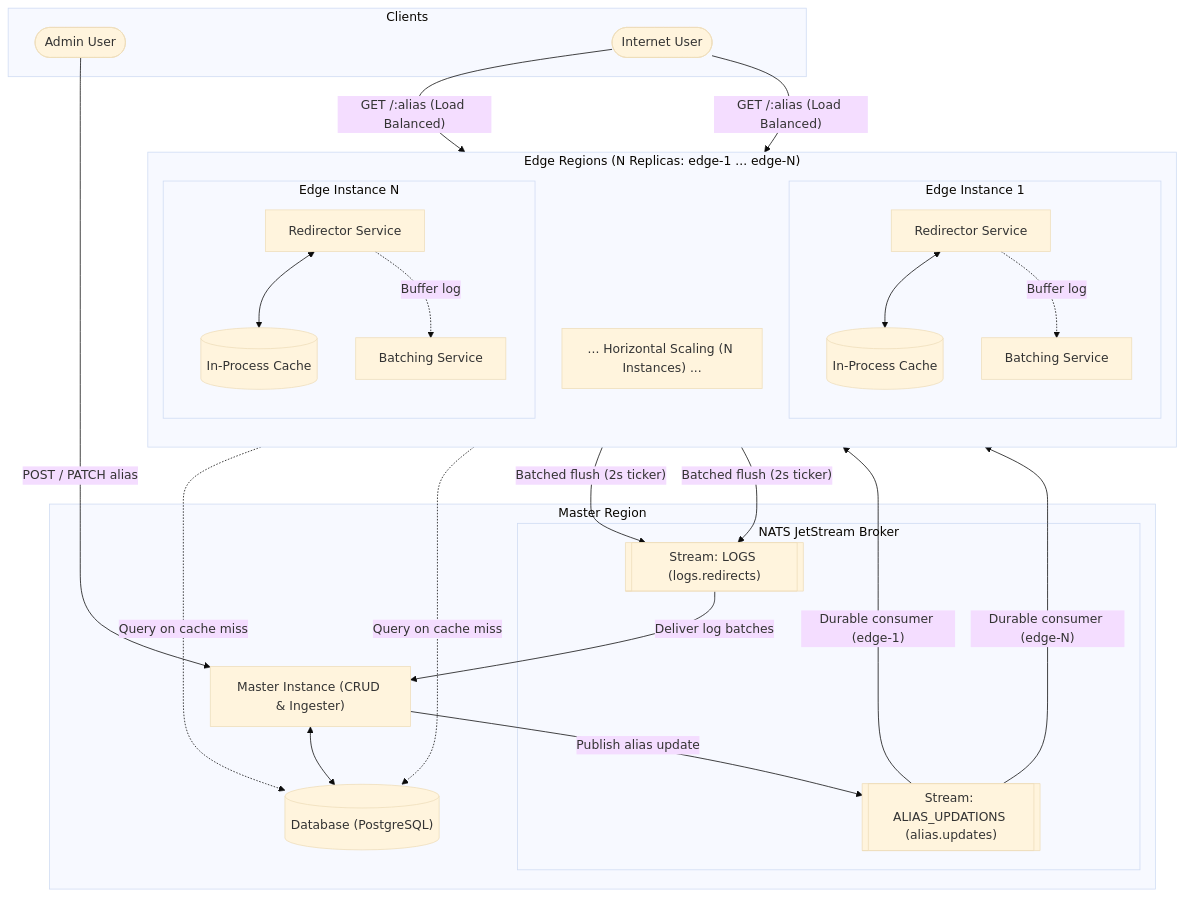
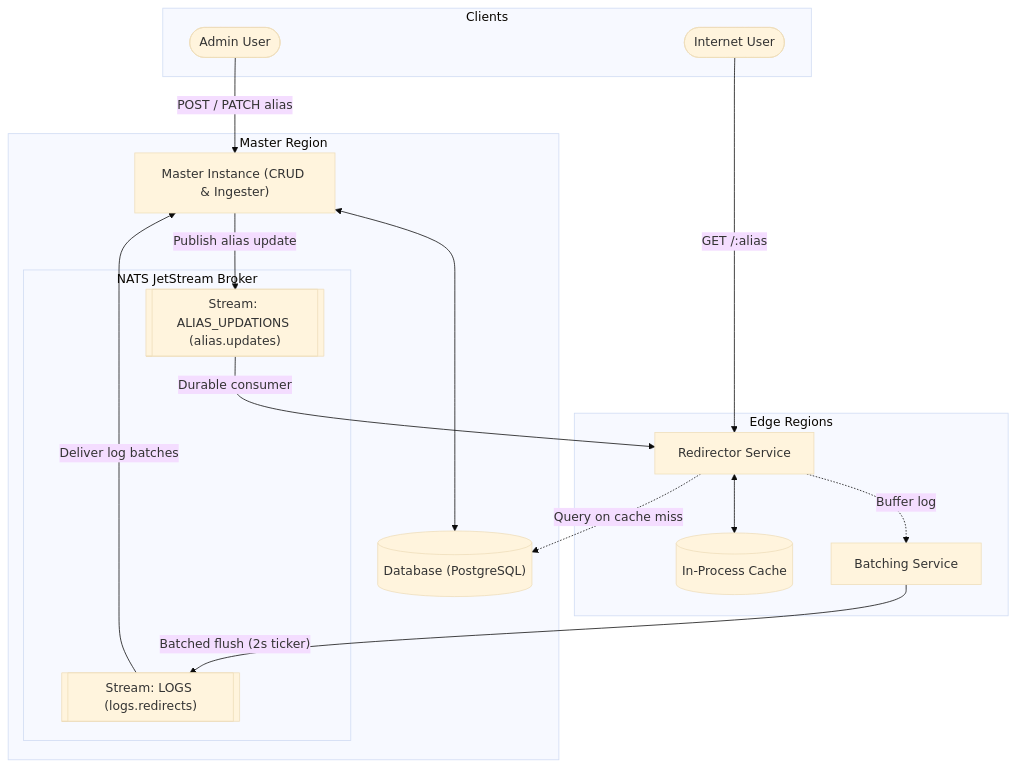
Before and after one commit to AyushmanTripathy/url-shortener: the first of 9 diagrams in Readme.md, drawn with Mermaid (base theme). The commit also changed other lines of this file, not shown here.

Commit message:
docs: simplify Revision 3 diagrams to single edge instance
- Replace multi-node representation in Revision 3 architecture flowchart with a single Edge instance
- Remove fixed replica references (edge-1 / edge-N) in favor of generic Edge VM
- Simplify alias invalidation sequence diagram to model a single Edge consumer

````diff
--- a/Readme.md
+++ b/Readme.md
@@ -35,55 +35,36 @@
 ```mermaid
 flowchart TD
     subgraph Clients["Clients"]
         Admin(["Admin User"])
         Internet(["Internet User"])
     end
 
-    subgraph EdgeRegions["Edge Regions (N Replicas: edge-1 ... edge-N)"]
-        direction TB
-        subgraph Edge1["Edge Instance 1"]
-            Redirector1["Redirector Service"]
-            Cache1[("In-Process Cache")]
-            Batcher1["Batching Service"]
-            Redirector1 <--> Cache1
-            Redirector1 -.->|"Buffer log"| Batcher1
-        end
-
-        Dots["... Horizontal Scaling (N Instances) ..."]
-
-        subgraph EdgeN["Edge Instance N"]
-            RedirectorN["Redirector Service"]
-            CacheN[("In-Process Cache")]
-            BatcherN["Batching Service"]
-            RedirectorN <--> CacheN
-            RedirectorN -.->|"Buffer log"| BatcherN
-        end
+    subgraph EdgeRegions["Edge Regions"]
+        Redirector["Redirector Service"]
+        Cache[("In-Process Cache")]
+        Batcher["Batching Service"]
+        Redirector <--> Cache
+        Redirector -.->|"Buffer log"| Batcher
     end
 
     subgraph MasterRegion["Master Region"]
         Master["Master Instance (CRUD & Ingester)"]
         DB[("Database (PostgreSQL)")]
 
         subgraph JetStream["NATS JetStream Broker"]
             StreamAlias[["Stream: ALIAS_UPDATIONS (alias.updates)"]]
             StreamLogs[["Stream: LOGS (logs.redirects)"]]
         end
 
         Master <--> DB
         Master -->|"Publish alias update"| StreamAlias
         StreamLogs -->|"Deliver log batches"| Master
     end
 
     Admin -->|"POST / PATCH alias"| Master
-    Internet -->|"GET /:alias (Load Balanced)"| Redirector1
-    Internet -->|"GET /:alias (Load Balanced)"| RedirectorN
+    Internet -->|"GET /:alias"| Redirector
 
-    Redirector1 -.->|"Query on cache miss"| DB
-    RedirectorN -.->|"Query on cache miss"| DB
-
-    Batcher1 -->|"Batched flush (2s ticker)"| StreamLogs
-    BatcherN -->|"Batched flush (2s ticker)"| StreamLogs
-
-    StreamAlias -->|"Durable consumer (edge-1)"| Redirector1
-    StreamAlias -->|"Durable consumer (edge-N)"| RedirectorN
+    Redirector -.->|"Query on cache miss"| DB
+    Batcher -->|"Batched flush (2s ticker)"| StreamLogs
+    StreamAlias -->|"Durable consumer"| Redirector
 ```
````
